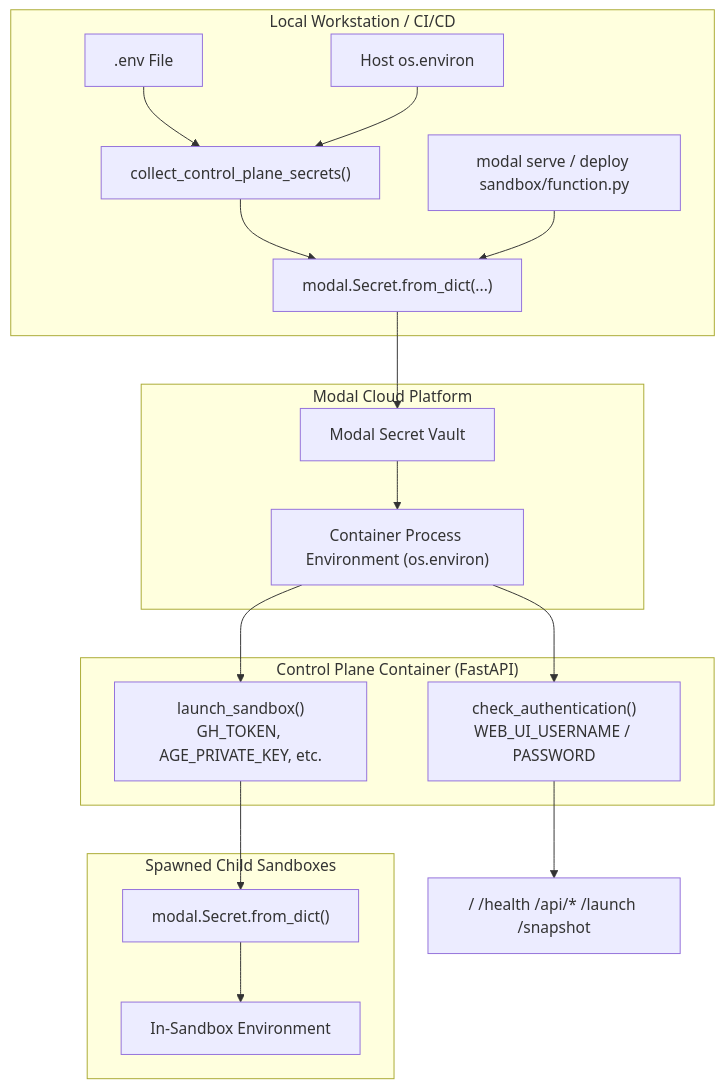
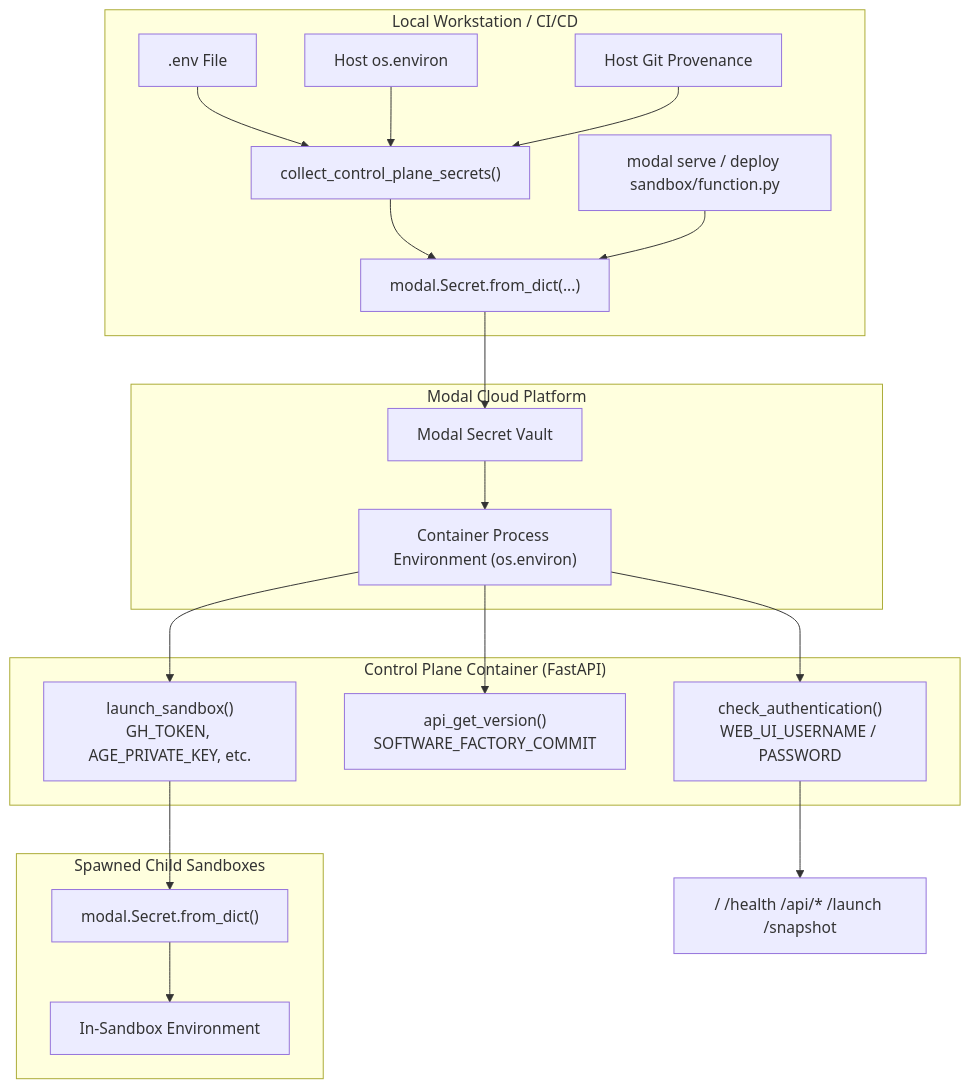
The first of 2 diagrams in docs/guides/control-plane.md (YoungMahesh/software-factory), drawn with Mermaid before and after one commit. The commit also changed other lines of this file and 8 other files, not shown here.

````diff
--- a/docs/guides/control-plane.md
+++ b/docs/guides/control-plane.md
@@ -55,26 +63,28 @@
 ```mermaid
 flowchart TD
     subgraph Host ["Local Workstation / CI/CD"]
         DotEnv[".env File"] --> Collector["collect_control_plane_secrets()"]
         HostEnv["Host os.environ"] --> Collector
+        GitProv["Host Git Provenance"] --> Collector
         Collector --> ModalSecret["modal.Secret.from_dict(...)"]
         CLI["modal serve / deploy sandbox/function.py"] --> ModalSecret
     end
 
     subgraph ModalCloud ["Modal Cloud Platform"]
         ModalSecret --> EncryptedVault["Modal Secret Vault"]
         EncryptedVault --> ContainerEnv["Container Process Environment (os.environ)"]
     end
 
     subgraph ControlPlaneContainer ["Control Plane Container (FastAPI)"]
         ContainerEnv --> BasicAuth["check_authentication()<br/>WEB_UI_USERNAME / PASSWORD"]
+        ContainerEnv --> VersionRoute["api_get_version()<br/>SOFTWARE_FACTORY_COMMIT"]
         ContainerEnv --> Launcher["launch_sandbox()<br/>GH_TOKEN, AGE_PRIVATE_KEY, etc."]
     end
 
     subgraph ChildSandbox ["Spawned Child Sandboxes"]
         Launcher --> ChildSecret["modal.Secret.from_dict()"]
         ChildSecret --> ChildEnv["In-Sandbox Environment"]
     end
 
     BasicAuth --> Endpoints["/ /health /api/* /launch /snapshot"]
 ```
````
